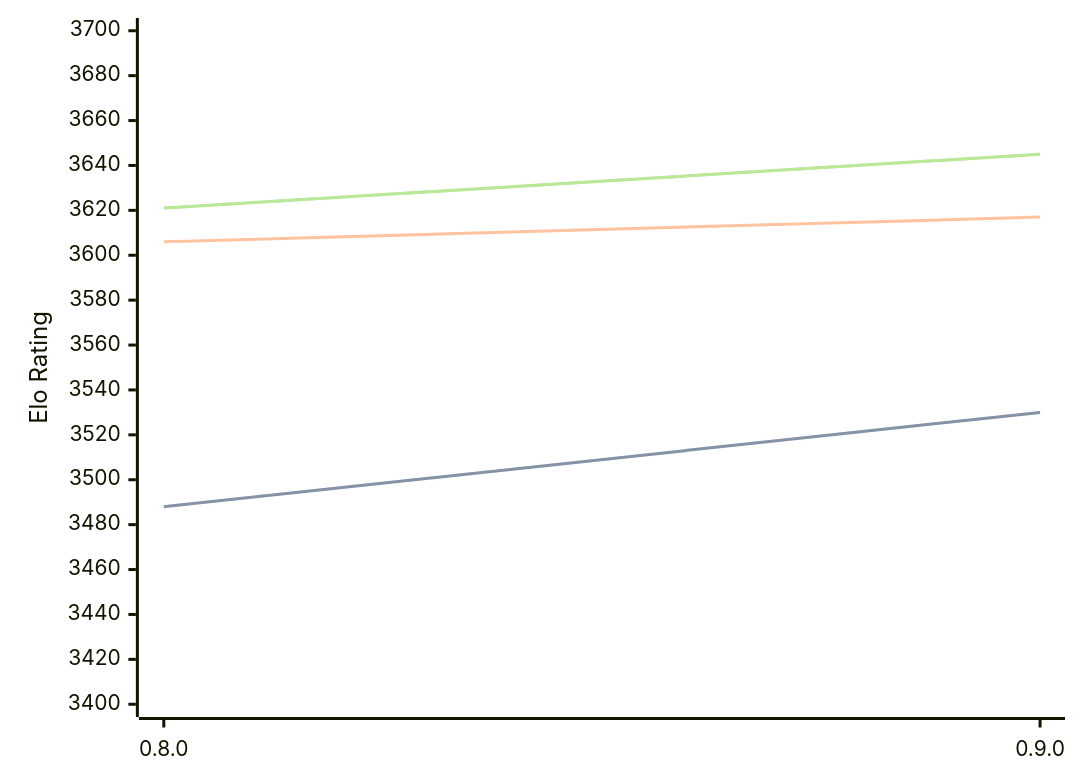
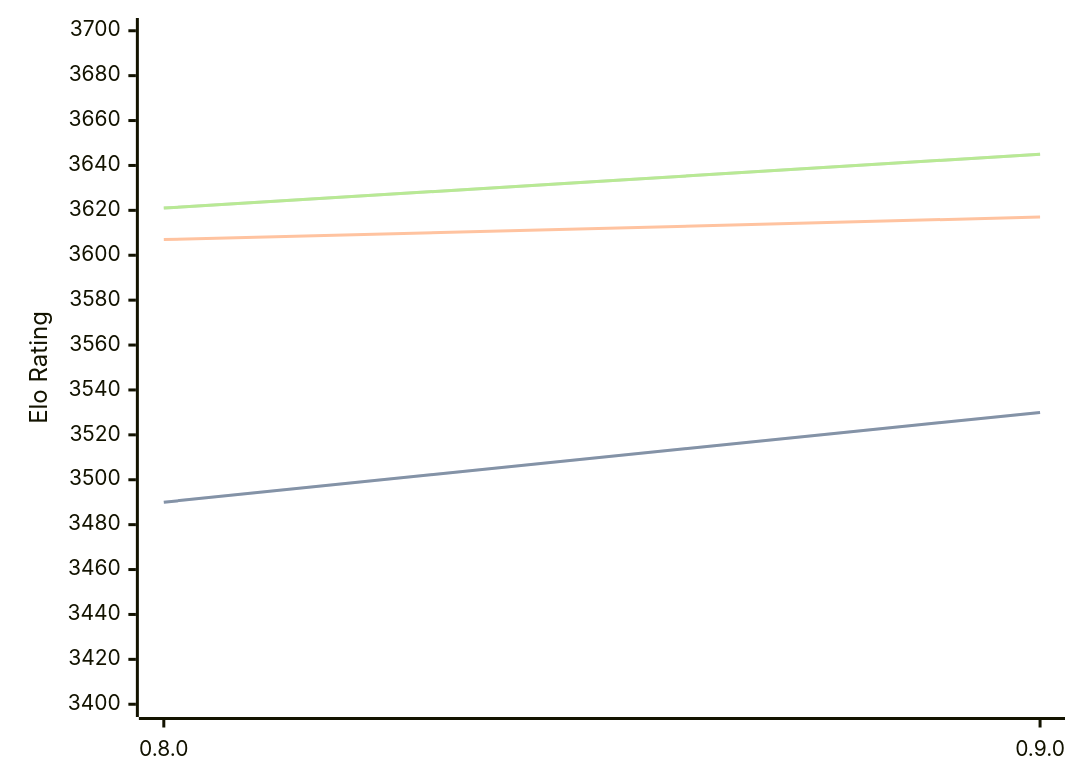
Before and after one commit to computer-chess-index/cci: the diagram in engines/Reckless.md, drawn with Mermaid. The commit also changed other lines of this file, not shown here.

````diff
--- a/engines/Reckless.md
+++ b/engines/Reckless.md
@@ -39,11 +39,11 @@
 ```mermaid
 %%{init: {"theme":"base","themeVariables":{"seriesColors:['#a3a3a3','#222221','#faa371']}}}%%
 xychart-beta
   x-axis ["0.8.0", "0.9.0"]
   y-axis "Elo Rating" 3400 --> 3700
-  line "STC (8.0+0.08s)" [3488, 3530]
-  line "STC (8.0+0.08s)" [3488, 3530]
-  line "LTC (60.0+0.60s)" [3606, 3617]
+  line "STC (8.0+0.08s)" [3490, 3530]
+  line "STC (8.0+0.08s)" [3490, 3530]
+  line "LTC (60.0+0.60s)" [3607, 3617]
   line "VLTC (2m24s+1.12s)" [3621, 3645]
   line "VLTC (2m24s+1.12s)" [3621, 3645]
 ```
````
